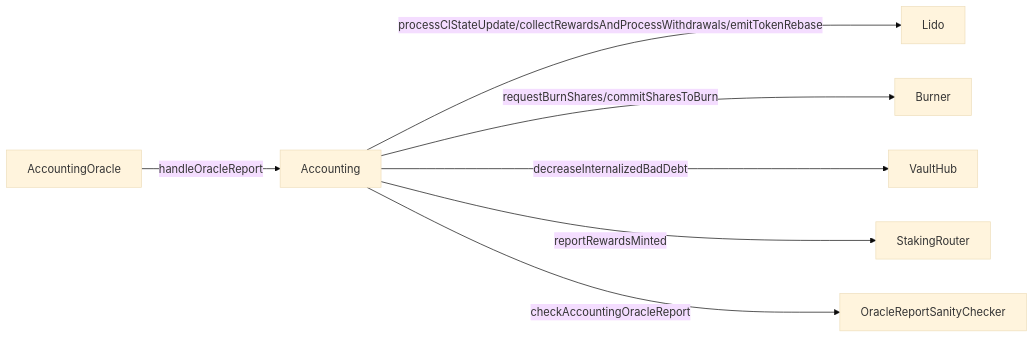
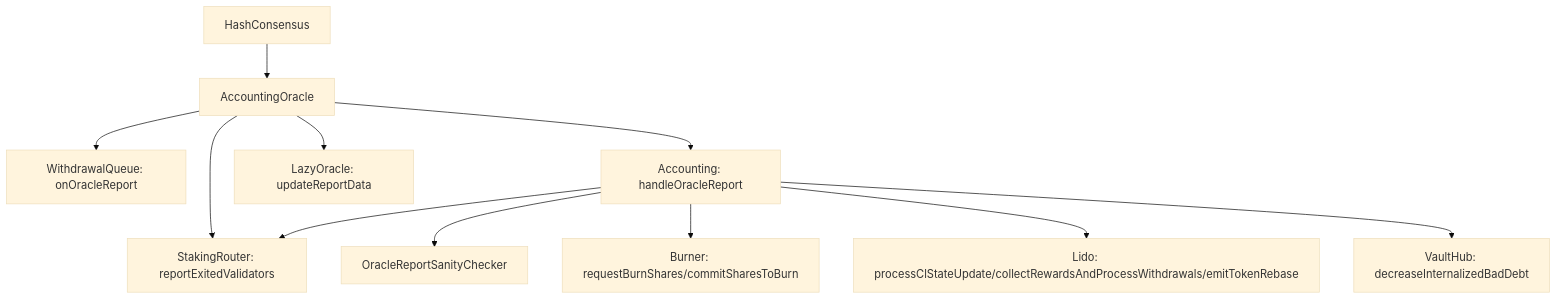
Before and after one commit to lidofinance/docs: the diagram in docs/contracts/accounting.md, drawn with Mermaid (base theme). The commit also changed other lines of this file and 5 other files, not shown here.

Commit message:
Align accounting flow and roll back docs

````diff
--- a/docs/contracts/accounting.md
+++ b/docs/contracts/accounting.md
@@ -35,9 +39,13 @@
 ```mermaid
-graph LR;
-  AO[AccountingOracle]--handleOracleReport-->A[Accounting];
-  A--processClStateUpdate/collectRewardsAndProcessWithdrawals/emitTokenRebase-->L[Lido];
-  A--requestBurnShares/commitSharesToBurn-->B[Burner];
-  A--decreaseInternalizedBadDebt-->VH[VaultHub];
-  A--reportRewardsMinted-->SR[StakingRouter];
-  A--checkAccountingOracleReport-->SC[OracleReportSanityChecker];
+graph TB;
+  HC[HashConsensus]-->AO[AccountingOracle];
+  AO-->SR[StakingRouter: reportExitedValidators];
+  AO-->WQ[WithdrawalQueue: onOracleReport];
+  AO-->A[Accounting: handleOracleReport];
+  A-->SC[OracleReportSanityChecker];
+  A-->B[Burner: requestBurnShares/commitSharesToBurn];
+  A-->L[Lido: processClStateUpdate/collectRewardsAndProcessWithdrawals/emitTokenRebase];
+  A-->VH[VaultHub: decreaseInternalizedBadDebt];
+  A-->SR;
+  AO-->LO[LazyOracle: updateReportData];
 ```
````
